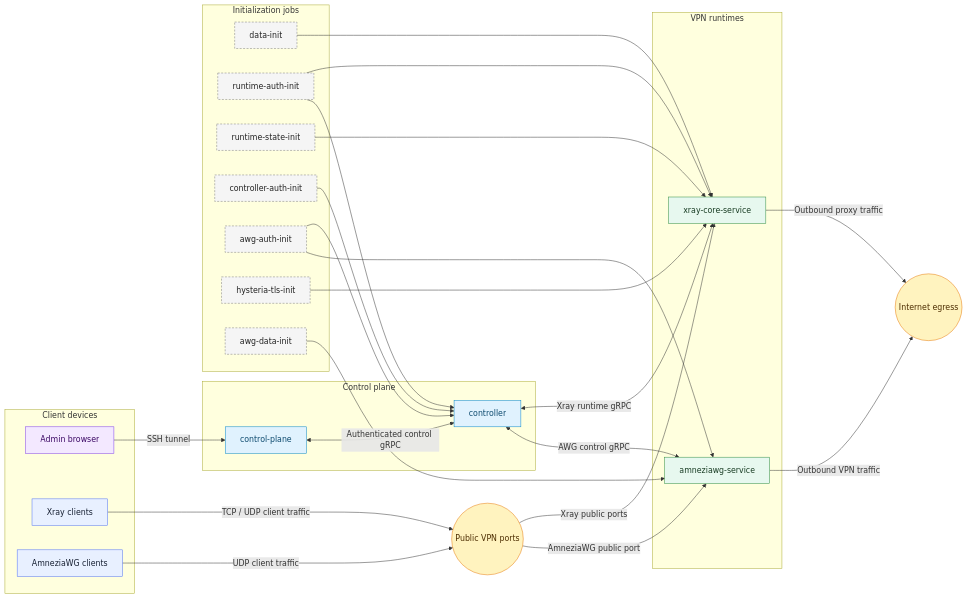
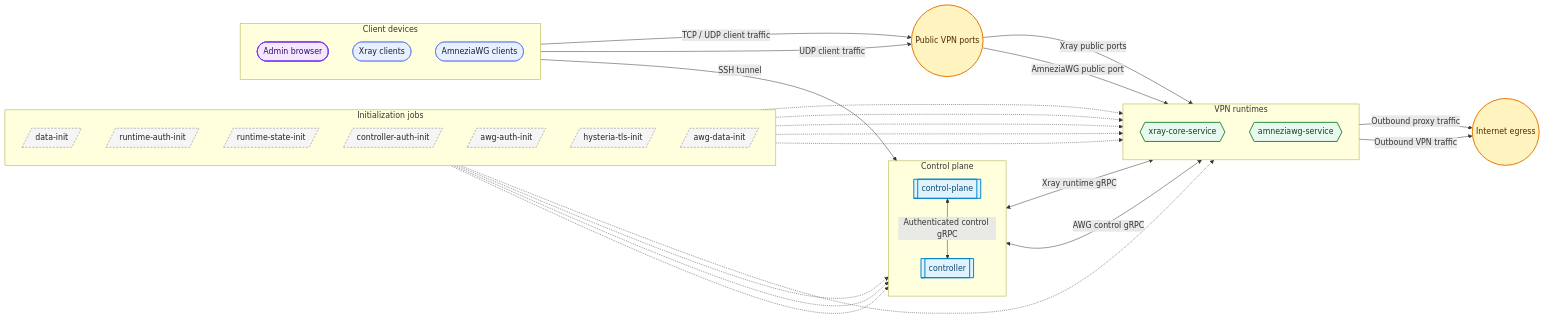
One commit to dasshit/xray-easy changed the diagram in docs/readme/pt-BR/README.md. Above: the diagram before and after it, drawn with Mermaid. The commit also changed other lines of this file and 11 other files, not shown here.

Commit message:
docs: style Mermaid service architecture

````diff
--- a/docs/readme/pt-BR/README.md
+++ b/docs/readme/pt-BR/README.md
@@ -106,66 +106,64 @@
 ```mermaid
 flowchart LR
+    classDef admin fill:#f3e8ff,stroke:#7c3aed,color:#3b0764,stroke-width:2px;
+    classDef client fill:#e8f0ff,stroke:#4c6ef5,color:#172033,stroke-width:1px;
+    classDef control fill:#e0f2fe,stroke:#0284c7,color:#0c4a6e,stroke-width:2px;
+    classDef runtime fill:#e7f8ef,stroke:#2b8a3e,color:#183c23,stroke-width:2px;
+    classDef bootstrap fill:#f5f5f5,stroke:#777,color:#222,stroke-dasharray:4 3;
+    classDef network fill:#fff3bf,stroke:#e67700,color:#4d2d00,stroke-width:2px;
+
     subgraph clients [Client devices]
-        admin[Admin browser]
-        xrayClients[Xray clients]
-        awgClients[AmneziaWG clients]
+        direction TB
+        admin([Admin browser]):::admin
+        xrayClients([Xray clients]):::client
+        awgClients([AmneziaWG clients]):::client
     end
 
     subgraph control [Control plane]
-        ui[control-plane]
-        controller[controller]
+        direction TB
+        ui[[control-plane]]:::control
+        controller[[controller]]:::control
     end
 
     subgraph runtimes [VPN runtimes]
-        xray[xray-core-service]
-        awg[amneziawg-service]
+        direction TB
+        xray{{xray-core-service}}:::runtime
+        awg{{amneziawg-service}}:::runtime
     end
 
     subgraph bootstrap [Initialization jobs]
-        dataInit[data-init]
-        runtimeAuth[runtime-auth-init]
-        runtimeState[runtime-state-init]
-        controllerAuth[controller-auth-init]
-        awgAuth[awg-auth-init]
-        tlsInit[hysteria-tls-init]
-        awgData[awg-data-init]
+        direction TB
+        dataInit[/data-init/]:::bootstrap
+        runtimeAuth[/runtime-auth-init/]:::bootstrap
+        runtimeState[/runtime-state-init/]:::bootstrap
+        controllerAuth[/controller-auth-init/]:::bootstrap
+        awgAuth[/awg-auth-init/]:::bootstrap
+        tlsInit[/hysteria-tls-init/]:::bootstrap
+        awgData[/awg-data-init/]:::bootstrap
     end
 
-    public((Public VPN ports))
-    internet((Internet egress))
+    public((Public VPN ports)):::network
+    internet((Internet egress)):::network
 
     admin -->|SSH tunnel| ui
     ui <-->|Authenticated control gRPC| controller
     controller <-->|Xray runtime gRPC| xray
     controller <-->|AWG control gRPC| awg
 
-    dataInit --> xray
-    runtimeAuth --> xray
-    runtimeState --> xray
-    tlsInit --> xray
-    controllerAuth --> controller
-    runtimeAuth --> controller
-    awgAuth --> controller
-    awgData --> awg
-    awgAuth --> awg
+    dataInit -.-> xray
+    runtimeAuth -.-> xray
+    runtimeState -.-> xray
+    tlsInit -.-> xray
+    controllerAuth -.-> controller
+    runtimeAuth -.-> controller
+    awgAuth -.-> controller
+    awgData -.-> awg
+    awgAuth -.-> awg
 
     xrayClients -->|TCP / UDP client traffic| public
     awgClients -->|UDP client traffic| public
     public -->|Xray public ports| xray
     public -->|AmneziaWG public port| awg
     xray -->|Outbound proxy traffic| internet
     awg -->|Outbound VPN traffic| internet
-
-    classDef admin fill:#f3e8ff,stroke:#7c3aed,color:#3b0764,stroke-width:1px;
-    classDef client fill:#e8f0ff,stroke:#4c6ef5,color:#172033,stroke-width:1px;
-    classDef control fill:#e0f2fe,stroke:#0284c7,color:#0c4a6e,stroke-width:1px;
-    classDef runtime fill:#e7f8ef,stroke:#2b8a3e,color:#183c23,stroke-width:1px;
-    classDef bootstrap fill:#f5f5f5,stroke:#777,color:#222,stroke-dasharray:4 3;
-    classDef network fill:#fff3bf,stroke:#e67700,color:#4d2d00,stroke-width:1px;
-    class admin admin;
-    class xrayClients,awgClients client;
-    class ui,controller control;
-    class xray,awg runtime;
-    class dataInit,runtimeAuth,runtimeState,controllerAuth,awgAuth,tlsInit,awgData bootstrap;
-    class public,internet network;
 ```
````
